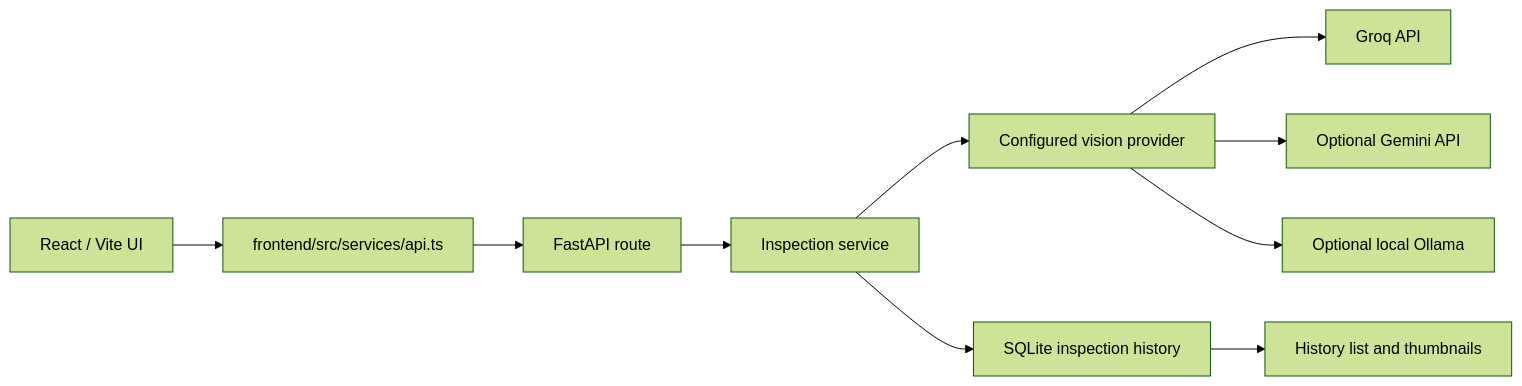
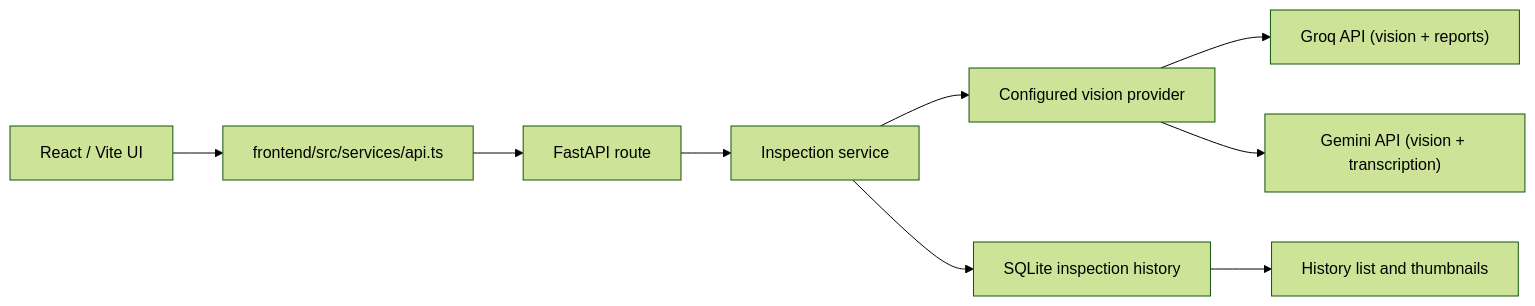
The diagram in README.md (HamzaShafiq44/FieldMark), drawn with Mermaid (forest theme) before and after one commit. The commit also changed other lines of this file and 16 other files, not shown here.

Commit message:
Updated README and ARCHITECTURE

````diff
--- a/README.md
+++ b/README.md
@@ -9,12 +116,11 @@
 ```mermaid
 flowchart LR
     Browser["React / Vite UI"] --> ApiClient["frontend/src/services/api.ts"]
     ApiClient --> Route["FastAPI route"]
     Route --> Service["Inspection service"]
     Service --> Factory["Configured vision provider"]
-    Factory --> Groq["Groq API"]
-    Factory --> Gemini["Optional Gemini API"]
-    Factory --> Ollama["Optional local Ollama"]
+    Factory --> Groq["Groq API (vision + reports)"]
+    Factory --> Gemini["Gemini API (vision + transcription)"]
     Service --> SQLite["SQLite inspection history"]
     SQLite --> History["History list and thumbnails"]
 ```
````
